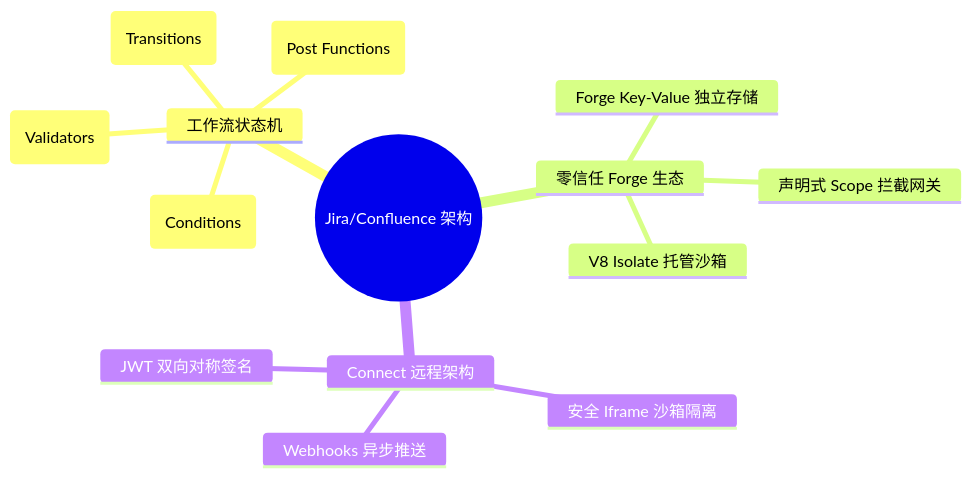
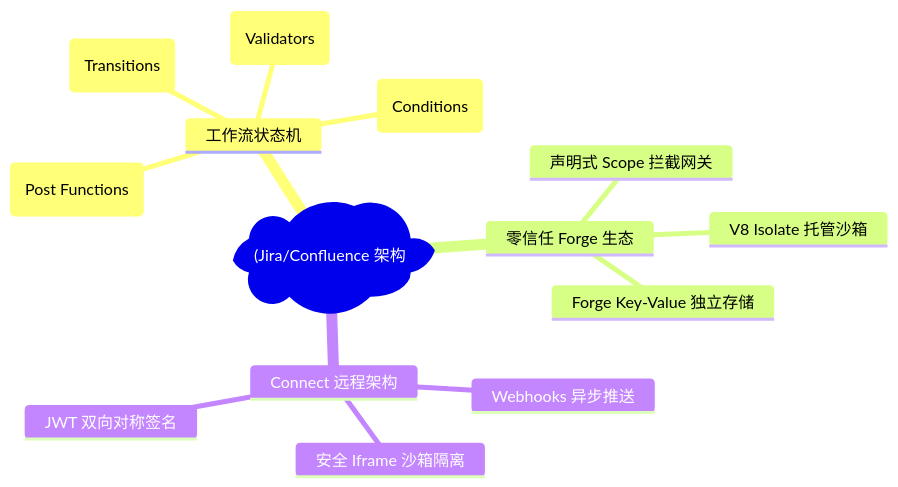
The first of 5 diagrams in docs/atlas/jira.mdx (koosai/AI-Architect-Learning), drawn with Mermaid before and after one commit. The commit also changed other lines of this file and 187 other files, not shown here.

Commit message:
fix(mermaid): fix all unquoted parens and edge label syntax errors across all docs

````diff
--- a/docs/atlas/jira.mdx
+++ b/docs/atlas/jira.mdx
@@ -67,17 +67,17 @@
 ```mermaid
 mindmap
-  root((Jira/Confluence 架构))
+  root("(Jira/Confluence 架构"))
     工作流状态机
       有向图状态转移 (Transitions)
       前置权限判定 (Conditions)
       数据检验阀 (Validators)
       后置自动函数 (Post Functions)
     零信任 Forge 生态
       V8 Isolate 托管沙箱
       声明式 Scope 拦截网关
       Forge Key-Value 独立存储
     Connect 远程架构
       Webhooks 异步推送
       安全 Iframe 沙箱隔离
       JWT 双向对称签名
 ```
````
